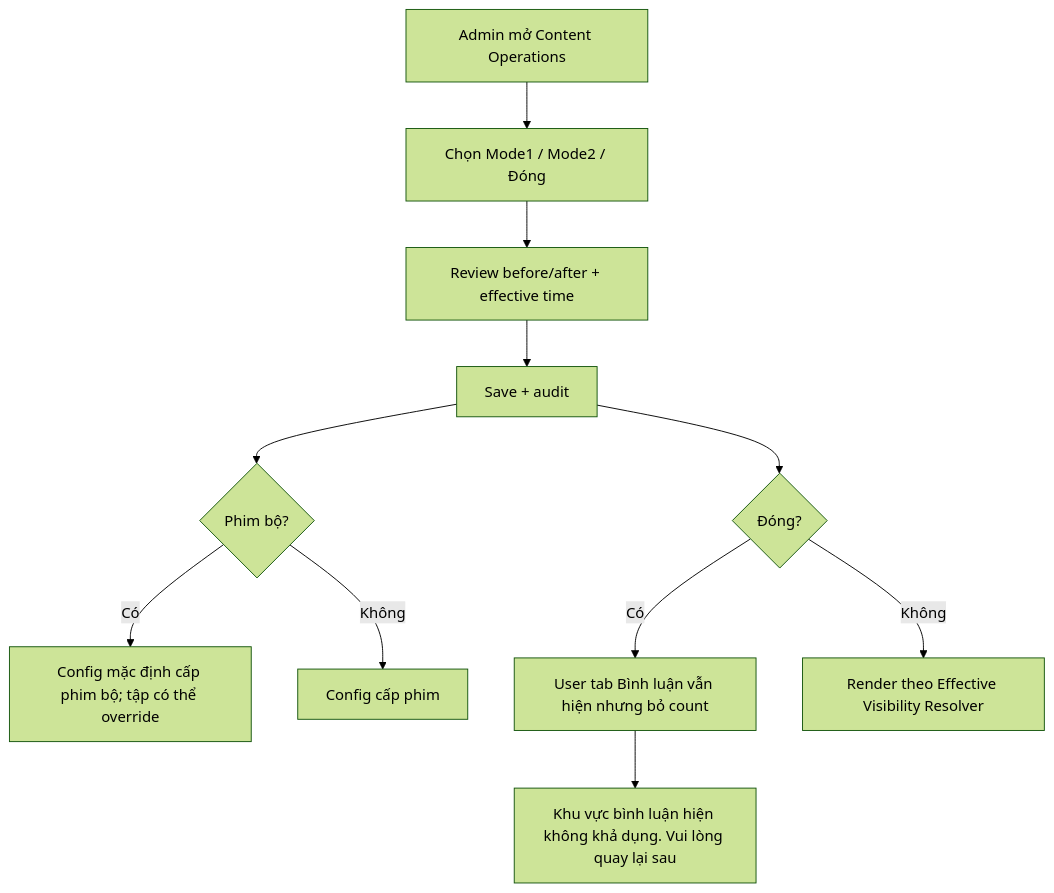
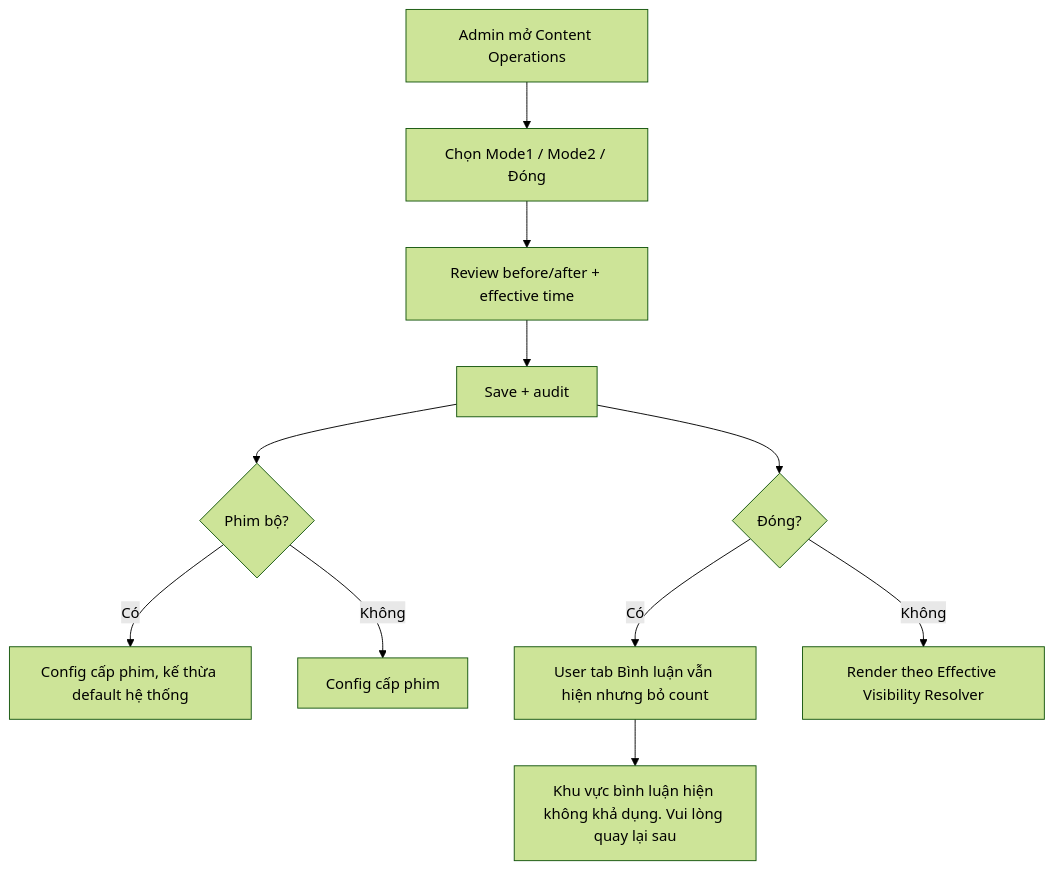
One commit to tannguyenho/MyTV-Comment changed the diagram in EP03_AN_TOAN_VA_KIEM_DUYET/US12_USER_FLOW.md. Above: the diagram before and after it, drawn with Mermaid (forest theme). The commit also changed other lines of this file and 114 other files, not shown here.

First line of the commit message:
docs: chuẩn hóa phạm vi bình luận và đánh giá về cấp phim

````diff
--- a/EP03_AN_TOAN_VA_KIEM_DUYET/US12_USER_FLOW.md
+++ b/EP03_AN_TOAN_VA_KIEM_DUYET/US12_USER_FLOW.md
@@ -5,13 +5,13 @@
 ```mermaid
 flowchart TD
  A[Admin mở Content Operations] --> B[Chọn Mode1 / Mode2 / Đóng]
  B --> C[Review before/after + effective time]
  C --> D[Save + audit]
  D --> E{Phim bộ?}
- E -->|Có| F[Config mặc định cấp phim bộ; tập có thể override]
+ E -->|Có| F[Config cấp phim, kế thừa default hệ thống]
  E -->|Không| G[Config cấp phim]
  D --> H{Đóng?}
  H -->|Có| I[User tab Bình luận vẫn hiện nhưng bỏ count]
  I --> J[Khu vực bình luận hiện không khả dụng. Vui lòng quay lại sau]
  H -->|Không| K[Render theo Effective Visibility Resolver]
 ```
````
